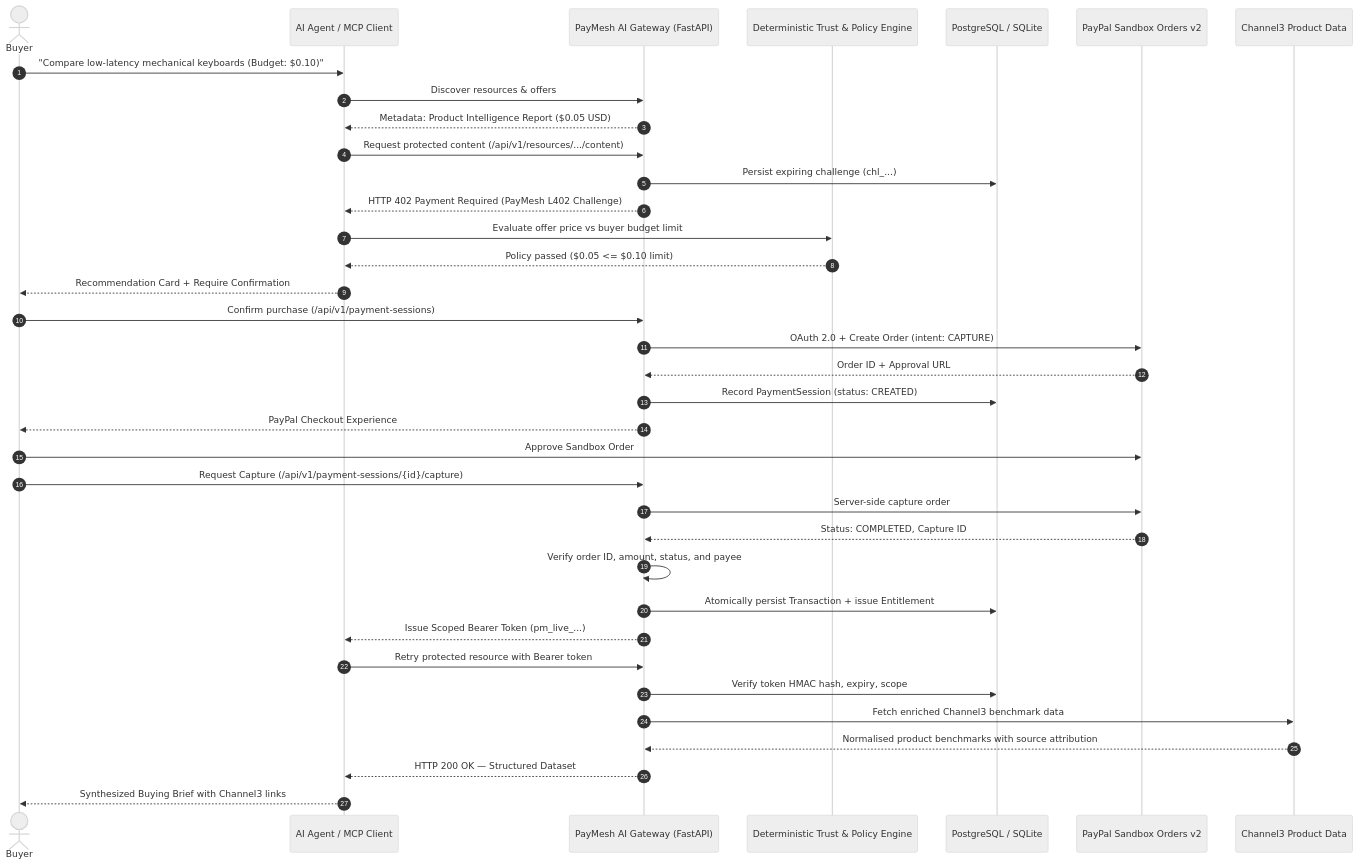
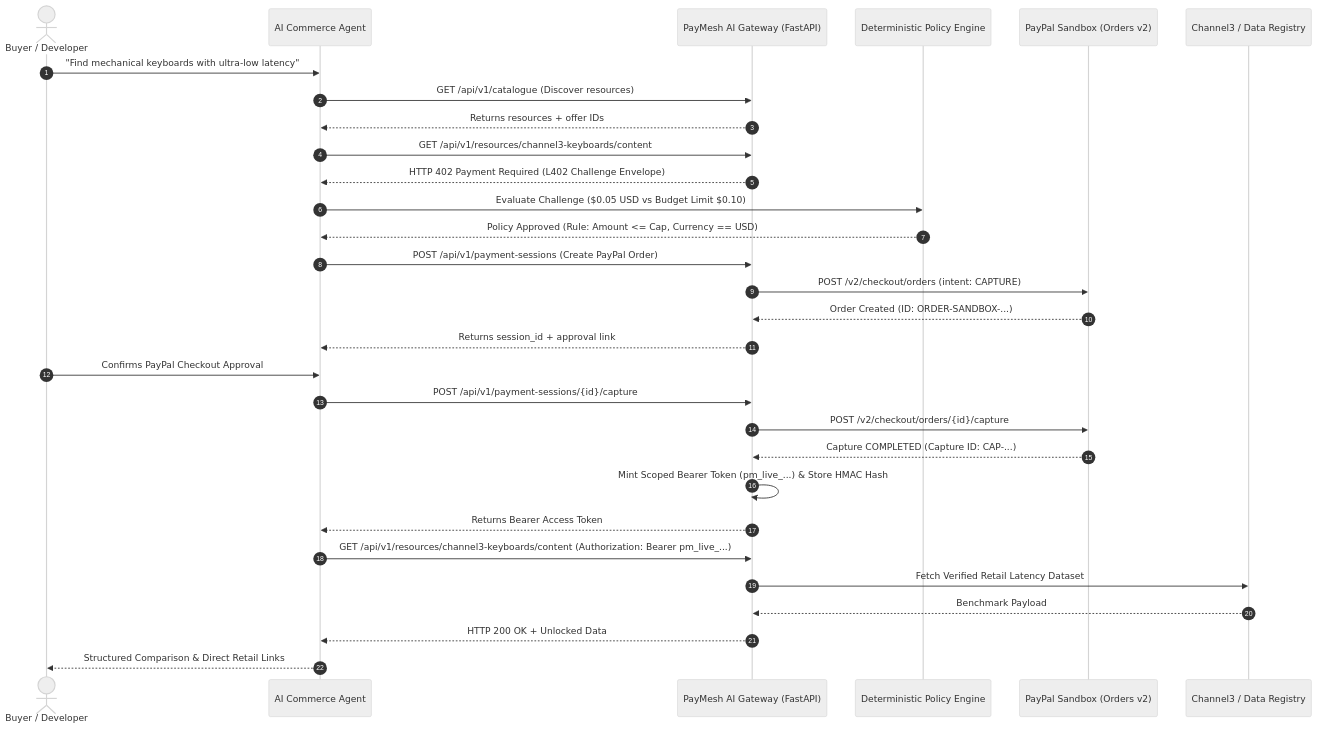
One commit to rajat552/paypal-hackathon changed the diagram in README.md. Above: the diagram before and after it, drawn with Mermaid (neutral theme). The commit also changed other lines of this file, not shown here.

````diff
--- a/README.md
+++ b/README.md
@@ -29,39 +148,39 @@
 ```mermaid
 sequenceDiagram
     autonumber
-    actor Buyer
-    participant Agent as AI Agent / MCP Client
+    actor User as Buyer / Developer
+    participant Agent as AI Commerce Agent
     participant Gateway as PayMesh AI Gateway (FastAPI)
-    participant Trust as Deterministic Trust & Policy Engine
-    participant DB as PostgreSQL / SQLite
-    participant PayPal as PayPal Sandbox Orders v2
-    participant Provider as Channel3 Product Data
+    participant Policy as Deterministic Policy Engine
+    participant PayPal as PayPal Sandbox (Orders v2)
+    participant Provider as Channel3 / Data Registry
 
-    Buyer->>Agent: "Compare low-latency mechanical keyboards (Budget: $0.10)"
-    Agent->>Gateway: Discover resources & offers
-    Gateway-->>Agent: Metadata: Product Intelligence Report ($0.05 USD)
-    Agent->>Gateway: Request protected content (/api/v1/resources/.../content)
-    Gateway->>DB: Persist expiring challenge (chl_...)
-    Gateway-->>Agent: HTTP 402 Payment Required (PayMesh L402 Challenge)
-    Agent->>Trust: Evaluate offer price vs buyer budget limit
-    Trust-->>Agent: Policy passed ($0.05 <= $0.10 limit)
-    Agent-->>Buyer: Recommendation Card + Require Confirmation
-    Buyer->>Gateway: Confirm purchase (/api/v1/payment-sessions)
-    Gateway->>PayPal: OAuth 2.0 + Create Order (intent: CAPTURE)
-    PayPal-->>Gateway: Order ID + Approval URL
-    Gateway->>DB: Record PaymentSession (status: CREATED)
-    Gateway-->>Buyer: PayPal Checkout Experience
-    Buyer->>PayPal: Approve Sandbox Order
-    Buyer->>Gateway: Request Capture (/api/v1/payment-sessions/{id}/capture)
-    Gateway->>PayPal: Server-side capture order
-    PayPal-->>Gateway: Status: COMPLETED, Capture ID
-    Gateway->>Gateway: Verify order ID, amount, status, and payee
-    Gateway->>DB: Atomically persist Transaction + issue Entitlement
-    Gateway-->>Agent: Issue Scoped Bearer Token (pm_live_...)
-    Agent->>Gateway: Retry protected resource with Bearer token
-    Gateway->>DB: Verify token HMAC hash, expiry, scope
-    Gateway->>Provider: Fetch enriched Channel3 benchmark data
-    Provider-->>Gateway: Normalised product benchmarks with source attribution
-    Gateway-->>Agent: HTTP 200 OK — Structured Dataset
-    Agent-->>Buyer: Synthesized Buying Brief with Channel3 links
+    User->>Agent: "Find mechanical keyboards with ultra-low latency"
+    Agent->>Gateway: GET /api/v1/catalogue (Discover resources)
+    Gateway-->>Agent: Returns resources + offer IDs
+    
+    Agent->>Gateway: GET /api/v1/resources/channel3-keyboards/content
+    Gateway-->>Agent: HTTP 402 Payment Required (L402 Challenge Envelope)
+    
+    Agent->>Policy: Evaluate Challenge ($0.05 USD vs Budget Limit $0.10)
+    Policy-->>Agent: Policy Approved (Rule: Amount <= Cap, Currency == USD)
+    
+    Agent->>Gateway: POST /api/v1/payment-sessions (Create PayPal Order)
+    Gateway->>PayPal: POST /v2/checkout/orders (intent: CAPTURE)
+    PayPal-->>Gateway: Order Created (ID: ORDER-SANDBOX-...)
+    Gateway-->>Agent: Returns session_id + approval link
+    
+    User->>Agent: Confirms PayPal Checkout Approval
+    Agent->>Gateway: POST /api/v1/payment-sessions/{id}/capture
+    Gateway->>PayPal: POST /v2/checkout/orders/{id}/capture
+    PayPal-->>Gateway: Capture COMPLETED (Capture ID: CAP-...)
+    
+    Gateway->>Gateway: Mint Scoped Bearer Token (pm_live_...) & Store HMAC Hash
+    Gateway-->>Agent: Returns Bearer Access Token
+    
+    Agent->>Gateway: GET /api/v1/resources/channel3-keyboards/content (Authorization: Bearer pm_live_...)
+    Gateway->>Provider: Fetch Verified Retail Latency Dataset
+    Provider-->>Gateway: Benchmark Payload
+    Gateway-->>Agent: HTTP 200 OK + Unlocked Data
+    Agent-->>User: Structured Comparison & Direct Retail Links
 ```
````
